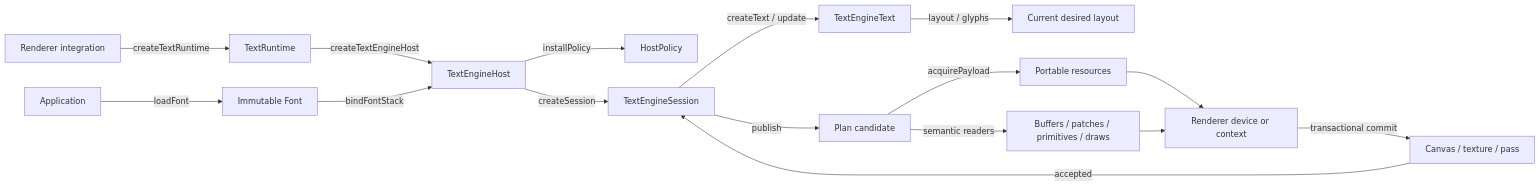
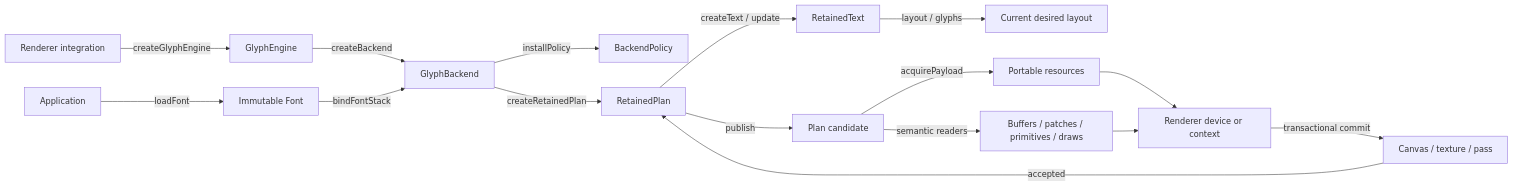
The first of 2 diagrams in docs/guides/renderer-integration.md (pmndrs/glyph), drawn with Mermaid before and after one commit. The commit also changed other lines of this file and 82 other files, not shown here.

````diff
--- a/docs/guides/renderer-integration.md
+++ b/docs/guides/renderer-integration.md
@@ -48,18 +48,18 @@
 ```mermaid
 flowchart LR
   App[Application] -->|loadFont| Font[Immutable Font]
-  Integrator[Renderer integration] -->|createTextRuntime| Runtime[TextRuntime]
-  Runtime -->|createTextEngineHost| Host[TextEngineHost]
-  Host -->|installPolicy| Policy[HostPolicy]
-  Font -->|bindFontStack| Host
-  Host -->|createSession| Session[TextEngineSession]
-  Session -->|createText / update| Text[TextEngineText]
+  Integrator[Renderer integration] -->|createGlyphEngine| Engine[GlyphEngine]
+  Engine -->|createBackend| Backend[GlyphBackend]
+  Backend -->|installPolicy| Policy[BackendPolicy]
+  Font -->|bindFontStack| Backend
+  Backend -->|createRetainedPlan| RetainedPlan[RetainedPlan]
+  RetainedPlan -->|createText / update| Text[RetainedText]
   Text -->|layout / glyphs| Query[Current desired layout]
-  Session -->|publish| Candidate[Plan candidate]
+  RetainedPlan -->|publish| Candidate[Plan candidate]
   Candidate -->|acquirePayload| Portable[Portable resources]
   Candidate -->|semantic readers| Records[Buffers / patches / primitives / draws]
   Portable --> Device[Renderer device or context]
   Records --> Device
   Device -->|transactional commit| Surface[Canvas / texture / pass]
-  Surface -->|accepted| Session
+  Surface -->|accepted| RetainedPlan
 ```
````
